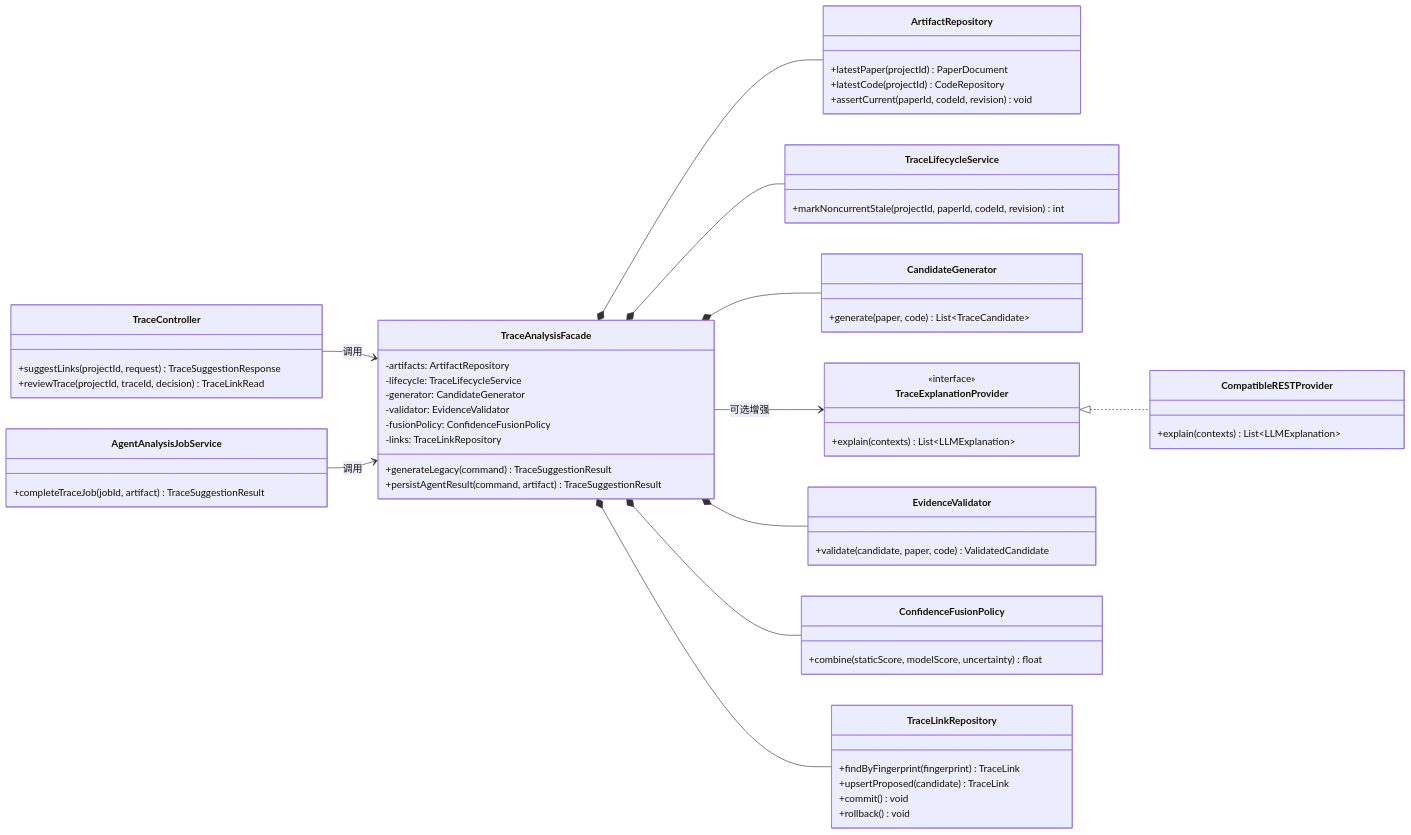
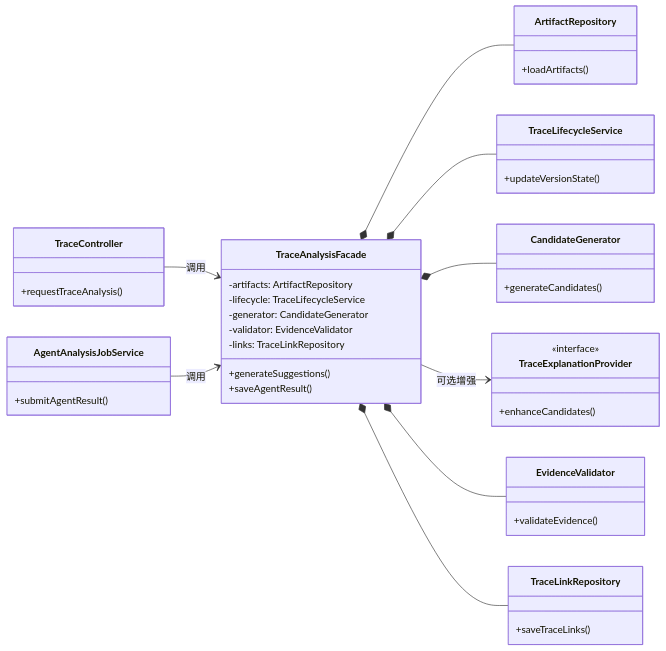
The second of 3 diagrams in TechPrototype/TraceLab_GoF设计模式详细设计.md (1JI0O/SE26Project-15), drawn with Mermaid before and after one commit. The commit also changed other lines of this file, not shown here.

Commit message:
docs: refine GoF design pattern document

````diff
--- a/TechPrototype/TraceLab_GoF设计模式详细设计.md
+++ b/TechPrototype/TraceLab_GoF设计模式详细设计.md
@@ -301,73 +232,56 @@
 ```mermaid
 classDiagram
     direction LR
 
     class TraceController {
-        +suggestLinks(projectId, request) TraceSuggestionResponse
-        +reviewTrace(projectId, traceId, decision) TraceLinkRead
+        +requestTraceAnalysis()
     }
 
     class AgentAnalysisJobService {
-        +completeTraceJob(jobId, artifact) TraceSuggestionResult
+        +submitAgentResult()
     }
 
     class TraceAnalysisFacade {
         -artifacts: ArtifactRepository
         -lifecycle: TraceLifecycleService
         -generator: CandidateGenerator
         -validator: EvidenceValidator
-        -fusionPolicy: ConfidenceFusionPolicy
         -links: TraceLinkRepository
-        +generateLegacy(command) TraceSuggestionResult
-        +persistAgentResult(command, artifact) TraceSuggestionResult
+        +generateSuggestions()
+        +saveAgentResult()
     }
 
     class ArtifactRepository {
-        +latestPaper(projectId) PaperDocument
-        +latestCode(projectId) CodeRepository
-        +assertCurrent(paperId, codeId, revision) void
+        +loadArtifacts()
     }
 
     class TraceLifecycleService {
-        +markNoncurrentStale(projectId, paperId, codeId, revision) int
+        +updateVersionState()
     }
 
     class CandidateGenerator {
-        +generate(paper, code) List~TraceCandidate~
+        +generateCandidates()
     }
 
     class TraceExplanationProvider {
         <<interface>>
-        +explain(contexts) List~LLMExplanation~
-    }
-
-    class CompatibleRESTProvider {
-        +explain(contexts) List~LLMExplanation~
+        +enhanceCandidates()
     }
 
     class EvidenceValidator {
-        +validate(candidate, paper, code) ValidatedCandidate
-    }
-
-    class ConfidenceFusionPolicy {
-        +combine(staticScore, modelScore, uncertainty) float
+        +validateEvidence()
     }
 
     class TraceLinkRepository {
-        +findByFingerprint(fingerprint) TraceLink
-        +upsertProposed(candidate) TraceLink
-        +commit() void
-        +rollback() void
+        +saveTraceLinks()
     }
 
     TraceController --> TraceAnalysisFacade : 调用
     AgentAnalysisJobService --> TraceAnalysisFacade : 调用
     TraceAnalysisFacade *-- ArtifactRepository
     TraceAnalysisFacade *-- TraceLifecycleService
     TraceAnalysisFacade *-- CandidateGenerator
     TraceAnalysisFacade --> TraceExplanationProvider : 可选增强
     TraceAnalysisFacade *-- EvidenceValidator
-    TraceAnalysisFacade *-- ConfidenceFusionPolicy
     TraceAnalysisFacade *-- TraceLinkRepository
-    TraceExplanationProvider <|.. CompatibleRESTProvider
 ```
````
